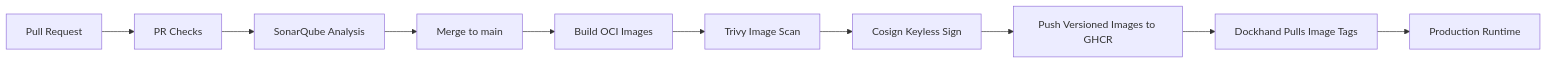
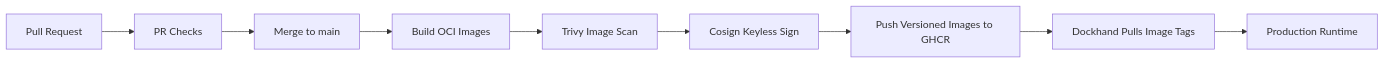
The first of 2 diagrams in docs/guides/ci-cd-security.md (joelmale/argus), drawn with Mermaid before and after one commit. The commit also changed other lines of this file and 3 other files, not shown here.

````diff
--- a/docs/guides/ci-cd-security.md
+++ b/docs/guides/ci-cd-security.md
@@ -35,12 +35,11 @@
 ```mermaid
 flowchart LR
   PR[Pull Request] --> PRChecks[PR Checks]
-  PRChecks --> Sonar[SonarQube Analysis]
-  Sonar --> Merge[Merge to main]
+  PRChecks --> Merge[Merge to main]
   Merge --> Build[Build OCI Images]
   Build --> Trivy[Trivy Image Scan]
   Trivy --> Sign[Cosign Keyless Sign]
   Sign --> GHCR[Push Versioned Images to GHCR]
   GHCR --> Dockhand[Dockhand Pulls Image Tags]
   Dockhand --> Prod[Production Runtime]
 ```
````
